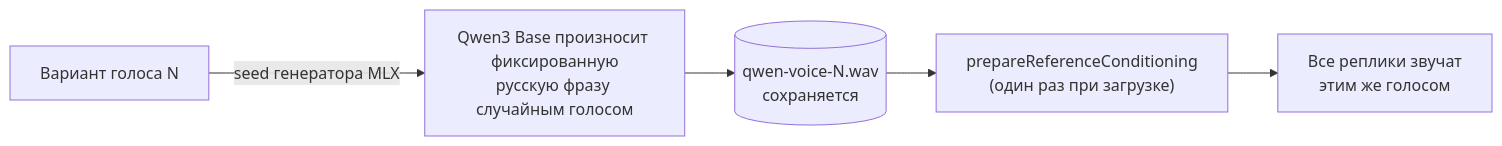
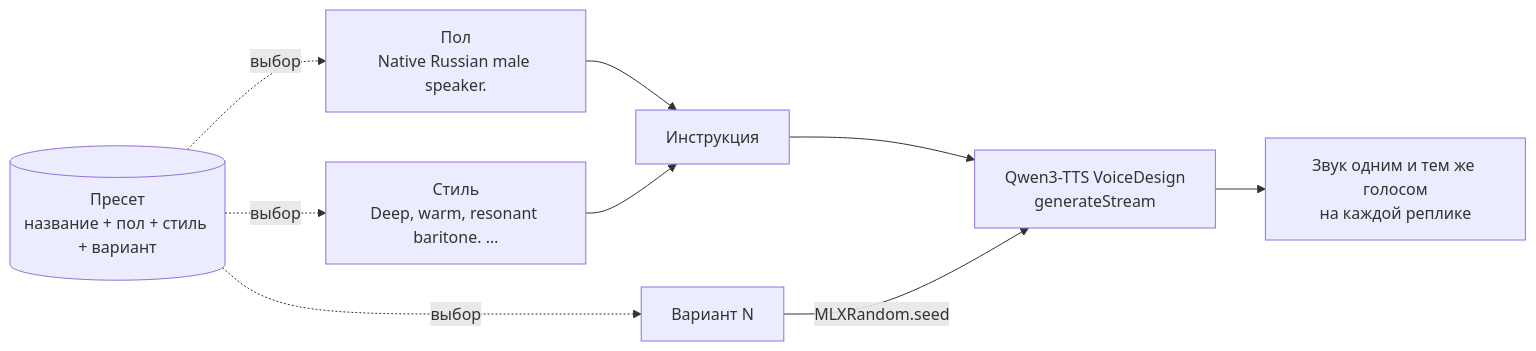
One commit to andrew-ignatiev/screen-voice changed the fifth of 5 diagrams in README.ru.md. Above: the diagram before and after it, drawn with Mermaid. The commit also changed other lines of this file and 14 other files, not shown here.

First line of the commit message:
Replace Qwen3-TTS 0.6B with 1.7B VoiceDesign; add gender, style and voice presets

````diff
--- a/README.ru.md
+++ b/README.ru.md
@@ -284,7 +293,9 @@
 ```mermaid
 flowchart LR
-    S[Вариант голоса N] -->|seed генератора MLX| G["Qwen3 Base произносит фиксированную<br/>русскую фразу случайным голосом"]
-    G --> W[("qwen-voice-N.wav<br/>сохраняется")]
-    W --> R["prepareReferenceConditioning<br/>(один раз при загрузке)"]
-    R --> T["Все реплики звучат<br/>этим же голосом"]
+    G["Пол<br/>Native Russian male speaker."] --> I[Инструкция]
+    S["Стиль<br/>Deep, warm, resonant baritone. …"] --> I
+    I --> M["Qwen3-TTS VoiceDesign<br/>generateStream"]
+    V["Вариант N"] -->|MLXRandom.seed| M
+    M --> A["Звук одним и тем же голосом<br/>на каждой реплике"]
+    P[("Пресет<br/>название + пол + стиль + вариант")] -.->|выбор| G & S & V
 ```
````
